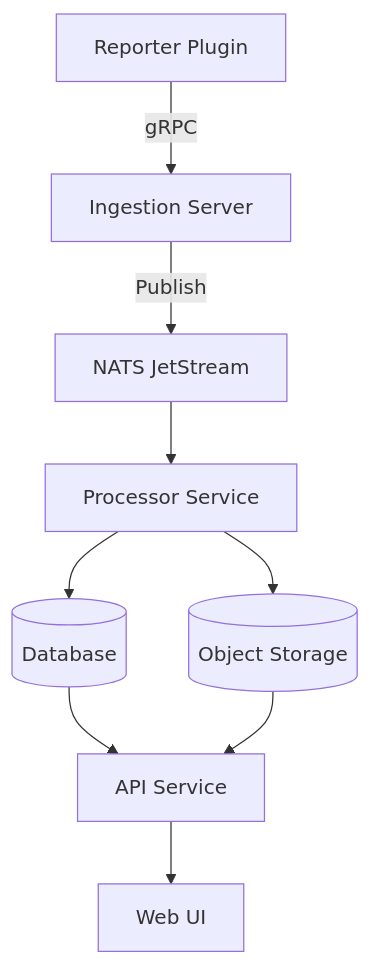
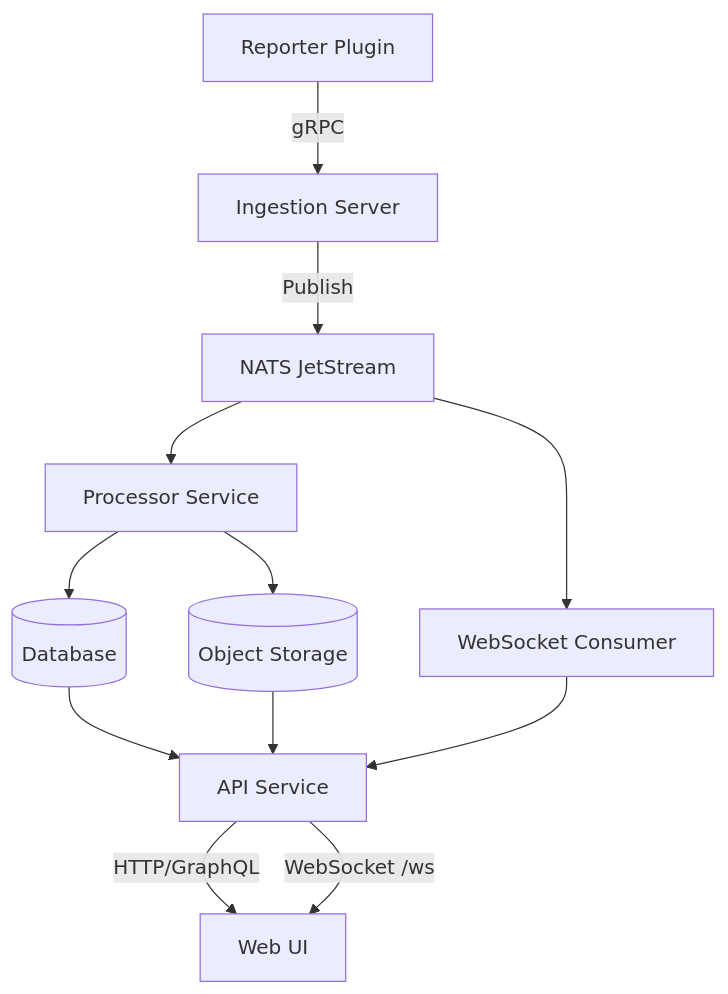
The diagram in docs/architecture/02-dataflow.md (stanterprise/observer), drawn with Mermaid before and after one commit. The commit also changed other lines of this file and 5 other files, not shown here.

First line of the commit message:
Update documentation for WebSocket component

````diff
--- a/docs/architecture/02-dataflow.md
+++ b/docs/architecture/02-dataflow.md
@@ -3,11 +3,14 @@
 ```mermaid
 flowchart TD
   A[Reporter Plugin] -->|gRPC| B[Ingestion Server]
   B -->|Publish| C[NATS JetStream]
   C --> D[Processor Service]
+  C --> I[WebSocket Consumer]
   D --> E[(Database)]
   D --> F[(Object Storage)]
   E --> G[API Service]
   F --> G
-  G --> H[Web UI]
+  I --> G
+  G -->|HTTP/GraphQL| H[Web UI]
+  G -->|WebSocket /ws| H
 ```
````
